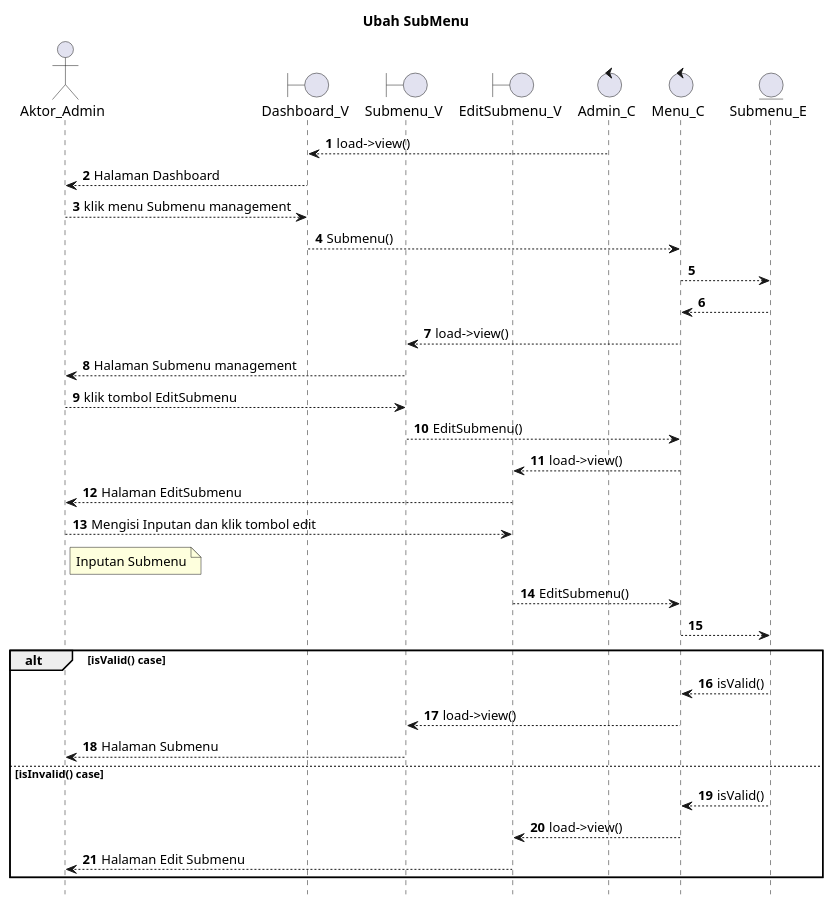
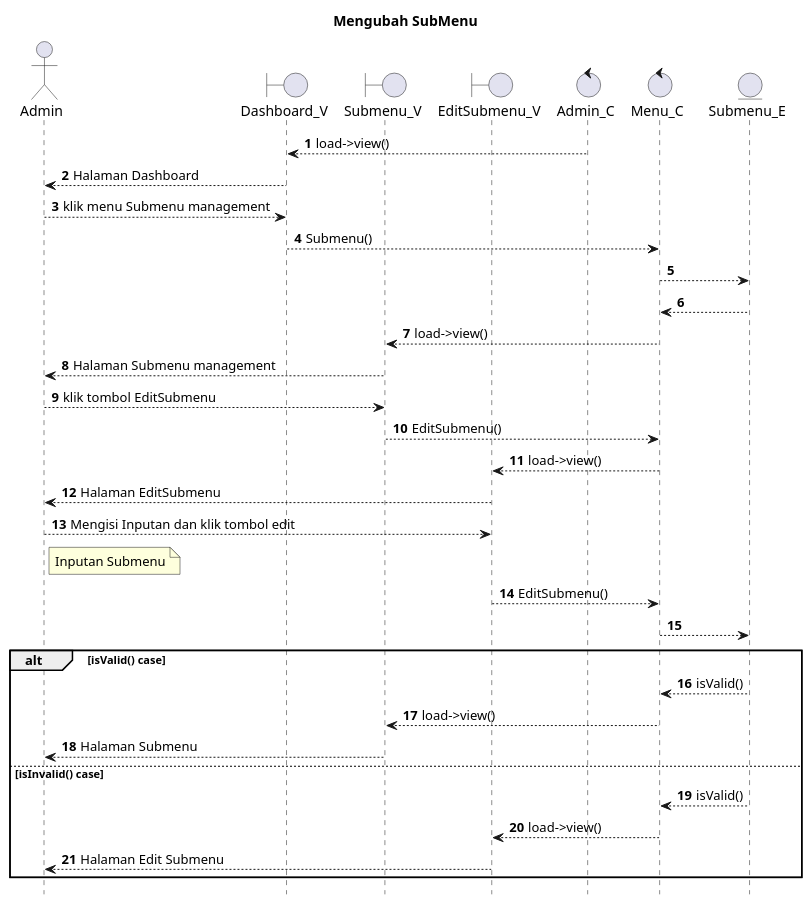
Before and after one commit to kurniado729/sistem_kp: the diagram in SELAIN SISTEM/UML/SEQUENCE/admin/editsubmenu.puml, drawn with PlantUML. The commit also changed 31 other files, not shown here.

Commit message:
masukkan sequence di laporan

```diff
--- a/SELAIN SISTEM/UML/SEQUENCE/admin/editsubmenu.puml
+++ b/SELAIN SISTEM/UML/SEQUENCE/admin/editsubmenu.puml
@@ -1,50 +1,50 @@
 @startuml
 
 autonumber
 hide footbox
-title Ubah SubMenu
+title Mengubah SubMenu
 
-Actor Aktor_Admin
+Actor Admin
 boundary Dashboard_V
 boundary Submenu_V
 boundary EditSubmenu_V
 control Admin_C
 control Menu_C
 Entity Submenu_E
 
 Admin_C --> Dashboard_V: load->view()
-Dashboard_V --> Aktor_Admin: Halaman Dashboard
-Aktor_Admin --> Dashboard_V: klik menu Submenu management
+Dashboard_V --> Admin: Halaman Dashboard
+Admin --> Dashboard_V: klik menu Submenu management
 Dashboard_V --> Menu_C: Submenu()
 Menu_C --> Submenu_E:
     
     Submenu_E --> Menu_C:
     Menu_C --> Submenu_V: load->view()
-    Submenu_V --> Aktor_Admin: Halaman Submenu management
+    Submenu_V --> Admin: Halaman Submenu management
 
-Aktor_Admin --> Submenu_V: klik tombol EditSubmenu
+Admin --> Submenu_V: klik tombol EditSubmenu
 Submenu_V --> Menu_C: EditSubmenu()
 Menu_C --> EditSubmenu_V: load->view()
-EditSubmenu_V --> Aktor_Admin: Halaman EditSubmenu
+EditSubmenu_V --> Admin: Halaman EditSubmenu
 
-Aktor_Admin --> EditSubmenu_V: Mengisi Inputan dan klik tombol edit
-    note right of Aktor_Admin
+Admin --> EditSubmenu_V: Mengisi Inputan dan klik tombol edit
+    note right of Admin
         Inputan Submenu
             end note
 EditSubmenu_V --> Menu_C: EditSubmenu()
 Menu_C --> Submenu_E:
 
 alt isValid() case
     
     Submenu_E --> Menu_C: isValid()
     Menu_C --> Submenu_V: load->view()
-    Submenu_V --> Aktor_Admin: Halaman Submenu
+    Submenu_V --> Admin: Halaman Submenu
 
 else isInvalid() case
     
     Submenu_E --> Menu_C: isValid()
     Menu_C --> EditSubmenu_V: load->view()
-    EditSubmenu_V --> Aktor_Admin: Halaman Edit Submenu
+    EditSubmenu_V --> Admin: Halaman Edit Submenu
 
 end
 @enduml
```
